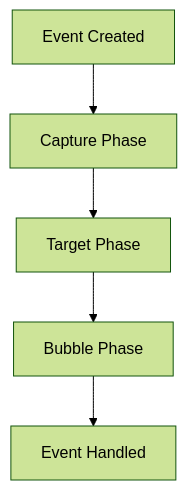
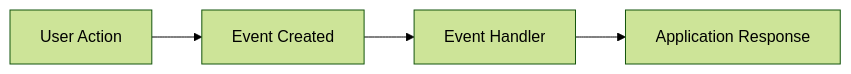
Before and after one commit to DanielCreggOrganization/w11-lab-javafx-zainabajiboye: the fourth of 4 diagrams in README.md, drawn with Mermaid (forest theme). The commit also changed other lines of this file, not shown here.

````diff
--- a/README.md
+++ b/README.md
@@ -291,7 +299,6 @@
 ```mermaid
-graph TD
-    A[Event Created] --> B[Capture Phase]
-    B --> C[Target Phase]
-    C --> D[Bubble Phase]
-    D --> E[Event Handled]
+graph LR
+    A[User Action] --> B[Event Created]
+    B --> C[Event Handler]
+    C --> D[Application Response]
 ```
````
